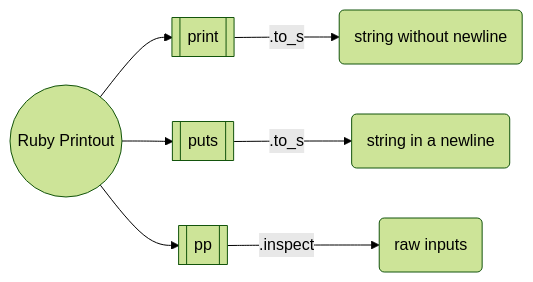
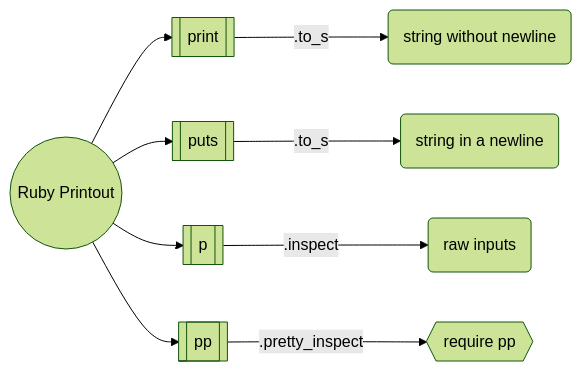
The diagram in Programing/Ruby/printouts.md (zhongxiang117/zhongxiang117.github.io), drawn with Mermaid (forest theme) before and after one commit. The commit also changed other lines of this file, not shown here.

Commit message:
printouts add pretty-print

````diff
--- a/Programing/Ruby/printouts.md
+++ b/Programing/Ruby/printouts.md
@@ -49,15 +62,18 @@
 ```mermaid
 graph LR
     A((Ruby Printout))
     B[[print]]
     C[[puts]]
-    D[[pp]]
+    D[[p]]
+    E[[pp]]
 
     BI(string without newline)
     CI(string in a newline)
     DI(raw inputs)
+    EI{{require pp}}
 
     A --> B -- .to_s --> BI
     A --> C -- .to_s --> CI
     A --> D -- .inspect --> DI
+    A --> E -- .pretty_inspect --> EI
 ```
````
